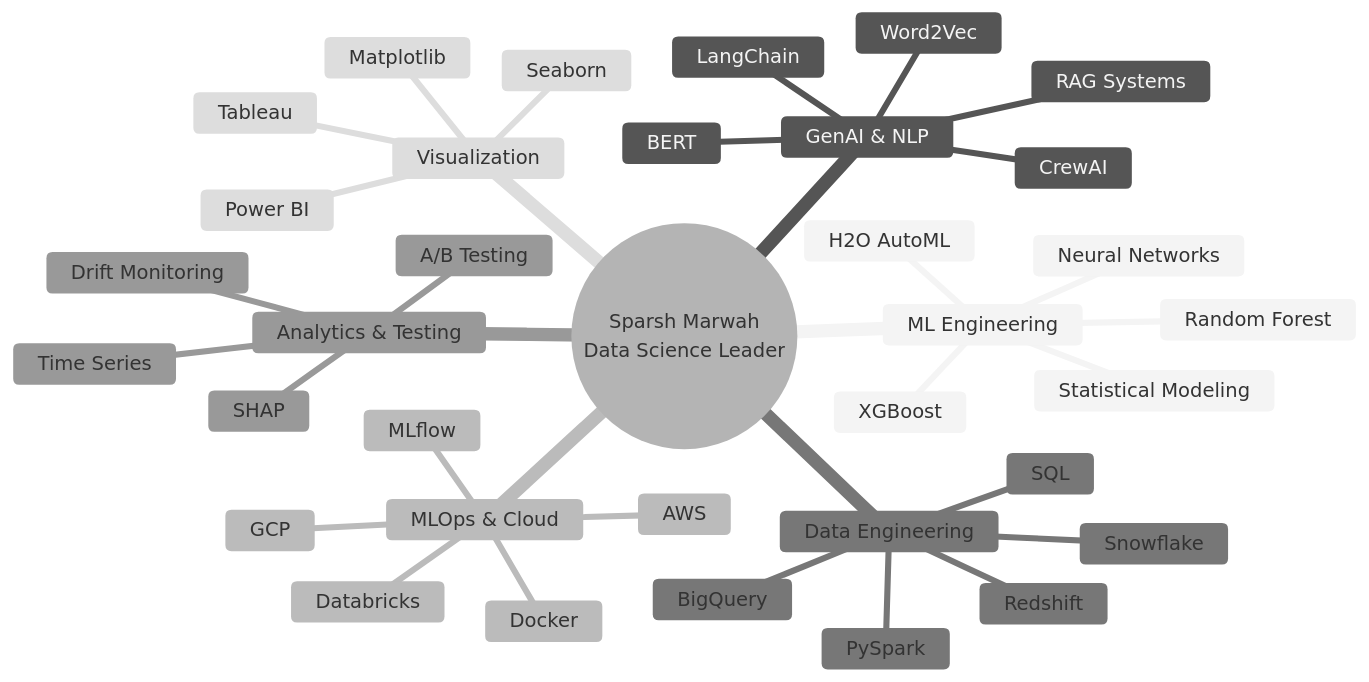
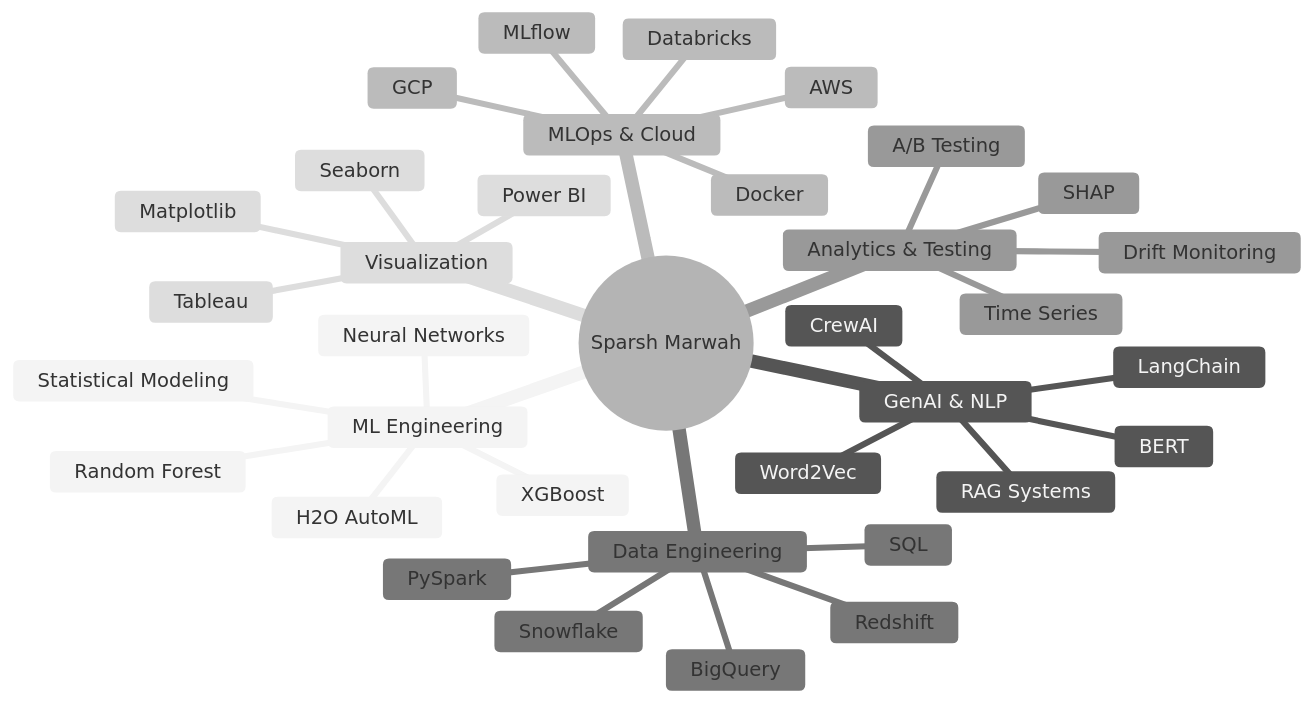
Before and after one commit to marwahsparsh24/marwahsparsh24: the first of 2 diagrams in README.md, drawn with Mermaid (neutral theme). The commit also changed other lines of this file, not shown here.

First line of the commit message:
Revamp profile README for entry-level data science positioning

````diff
--- a/README.md
+++ b/README.md
@@ -139,38 +85,38 @@
 ```mermaid
 mindmap
-  root((Sparsh Marwah<br/>Data Science Leader))
+  root((Sparsh Marwah))
     ML Engineering
       H2O AutoML
       XGBoost
       Random Forest
       Neural Networks
       Statistical Modeling
     GenAI & NLP
       BERT
       Word2Vec
       LangChain
       CrewAI
       RAG Systems
     MLOps & Cloud
       AWS
       GCP
       Databricks
       Docker
       MLflow
     Data Engineering
       PySpark
       SQL
       Snowflake
       BigQuery
       Redshift
     Analytics & Testing
       A/B Testing
       SHAP
       Time Series
       Drift Monitoring
     Visualization
       Tableau
       Power BI
       Matplotlib
       Seaborn
 ```
````
